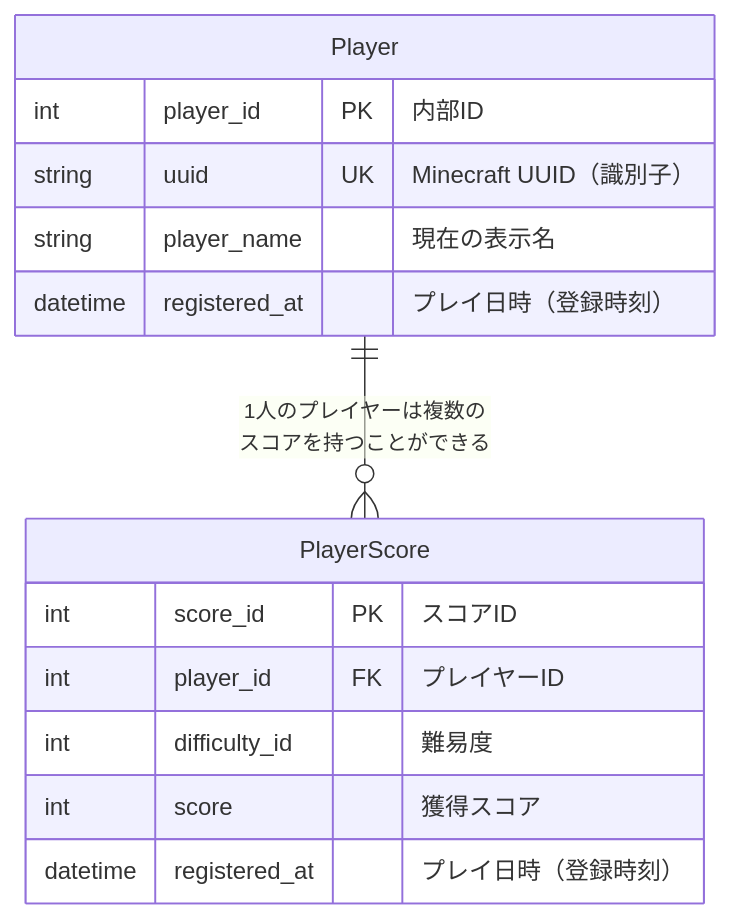
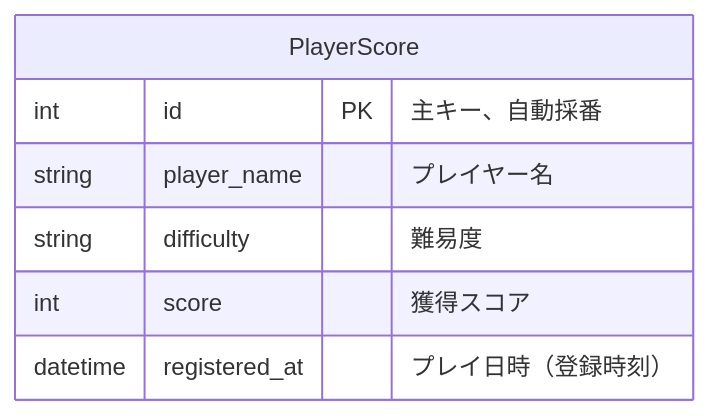
The first of 2 diagrams in README.md (SeiyaYanamoto/EnemyDown), drawn with Mermaid before and after one commit. The commit also changed other lines of this file, not shown here.

Commit message:
『データベース設計』を修正
Playerの内容を削除

````diff
--- a/README.md
+++ b/README.md
@@ -61,19 +61,10 @@
 ```mermaid
 erDiagram
-    Player ||--o{ PlayerScore : "1人のプレイヤーは複数の<br>スコアを持つことができる"
-
-    Player {
-        int player_id PK "内部ID"
-        string uuid UK "Minecraft UUID（識別子）"
-        string player_name "現在の表示名"
-        datetime registered_at "プレイ日時（登録時刻）"
-    }
-
     PlayerScore {
-        int score_id PK "スコアID"
-        int player_id FK "プレイヤーID"
-        int difficulty_id "難易度"
+        int id PK "主キー、自動採番"
+        string player_name "プレイヤー名"
+        string difficulty "難易度"
         int score "獲得スコア"
         datetime registered_at "プレイ日時（登録時刻）"
     }
 ```
````
